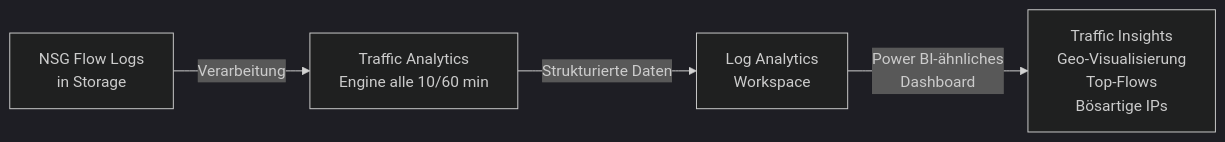
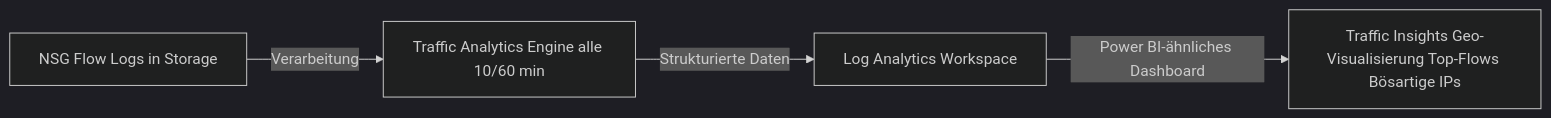
One commit to SoniiiT/notes-n-docs changed the fifth of 7 diagrams in Microsoft 365/Azure/Netzwerk/Azure Network Watcher.md. Above: the diagram before and after it, drawn with Mermaid (dark theme). The commit also changed other lines of this file and 124 other files, not shown here.

First line of the commit message:
fix: Entferne \n aus allen Mermaid-Diagrammen (125 Dateien)

````diff
--- a/Microsoft 365/Azure/Netzwerk/Azure Network Watcher.md
+++ b/Microsoft 365/Azure/Netzwerk/Azure Network Watcher.md
@@ -256,6 +256,6 @@
 ```mermaid
 graph LR
-    FLOW_LOGS[NSG Flow Logs\nin Storage] -->|Verarbeitung| TA_ENGINE[Traffic Analytics\nEngine alle 10/60 min]
-    TA_ENGINE -->|Strukturierte Daten| LA[Log Analytics\nWorkspace]
-    LA -->|Power BI-ähnliches\nDashboard| INSIGHT[Traffic Insights\nGeo-Visualisierung\nTop-Flows\nBösartige IPs]
+    FLOW_LOGS[NSG Flow Logs in Storage] -->|Verarbeitung| TA_ENGINE[Traffic Analytics Engine alle 10/60 min]
+    TA_ENGINE -->|Strukturierte Daten| LA[Log Analytics Workspace]
+    LA -->|Power BI-ähnliches Dashboard| INSIGHT[Traffic Insights Geo-Visualisierung Top-Flows Bösartige IPs]
 ```
````
